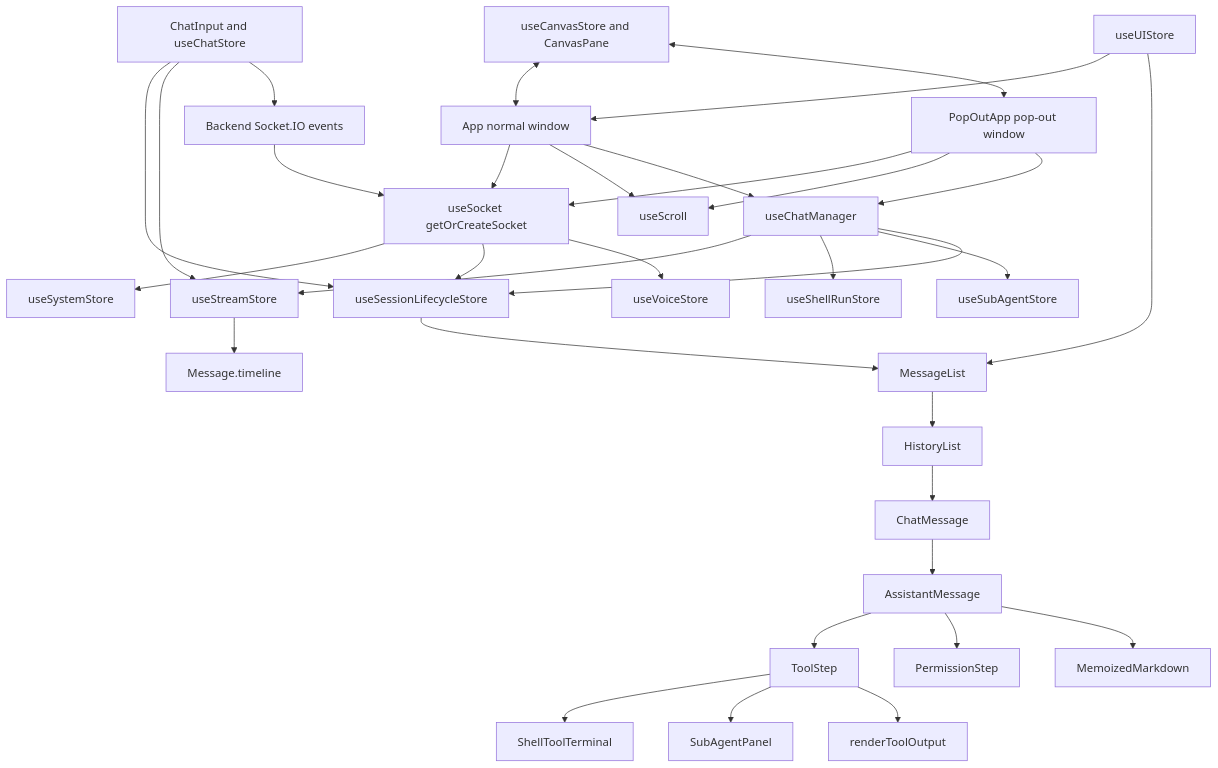
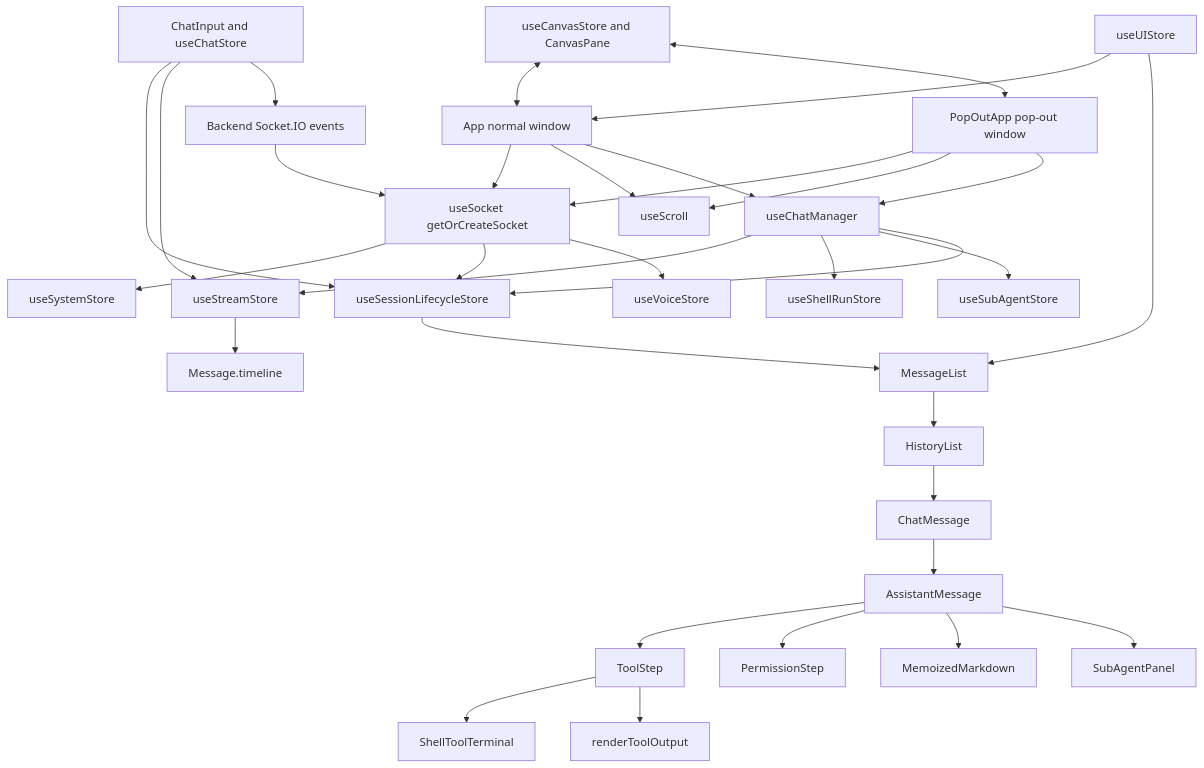
The diagram in documents/[Feature Doc] - Frontend Architecture.md (BitsInBytes/AcpUI), drawn with Mermaid before and after one commit. The commit also changed other lines of this file and 44 other files, not shown here.

First line of the commit message:
Improve AcpUI tool identity and timeline rendering

````diff
--- a/documents/[Feature Doc] - Frontend Architecture.md
+++ b/documents/[Feature Doc] - Frontend Architecture.md
@@ -160,40 +160,40 @@
 ```mermaid
 flowchart TB
   Backend[Backend Socket.IO events] --> Socket[useSocket getOrCreateSocket]
   Socket --> System[useSystemStore]
   Socket --> Lifecycle[useSessionLifecycleStore]
   Socket --> Voice[useVoiceStore]
 
   AppRoot[App normal window] --> Socket
   PopRoot[PopOutApp pop-out window] --> Socket
   AppRoot --> Scroll[useScroll]
   PopRoot --> Scroll
   AppRoot --> ChatMgr[useChatManager]
   PopRoot --> ChatMgr
 
   ChatMgr --> Stream[useStreamStore]
   ChatMgr --> Shell[useShellRunStore]
   ChatMgr --> SubAgents[useSubAgentStore]
   ChatMgr --> Lifecycle
 
   Input[ChatInput and useChatStore] --> Lifecycle
   Input --> Stream
   Input --> Backend
 
   Stream --> Timeline[Message.timeline]
   Lifecycle --> MessageList[MessageList]
   MessageList --> HistoryList[HistoryList]
   HistoryList --> ChatMessage[ChatMessage]
   ChatMessage --> Assistant[AssistantMessage]
   Assistant --> ToolStep[ToolStep]
   Assistant --> Permission[PermissionStep]
   Assistant --> Markdown[MemoizedMarkdown]
+  Assistant --> SubAgentPanel[SubAgentPanel]
   ToolStep --> ShellTerminal[ShellToolTerminal]
-  ToolStep --> SubAgentPanel[SubAgentPanel]
   ToolStep --> Output[renderToolOutput]
 
   Canvas[useCanvasStore and CanvasPane] <--> AppRoot
   Canvas <--> PopRoot
   UI[useUIStore] --> AppRoot
   UI --> MessageList
 ```
````
